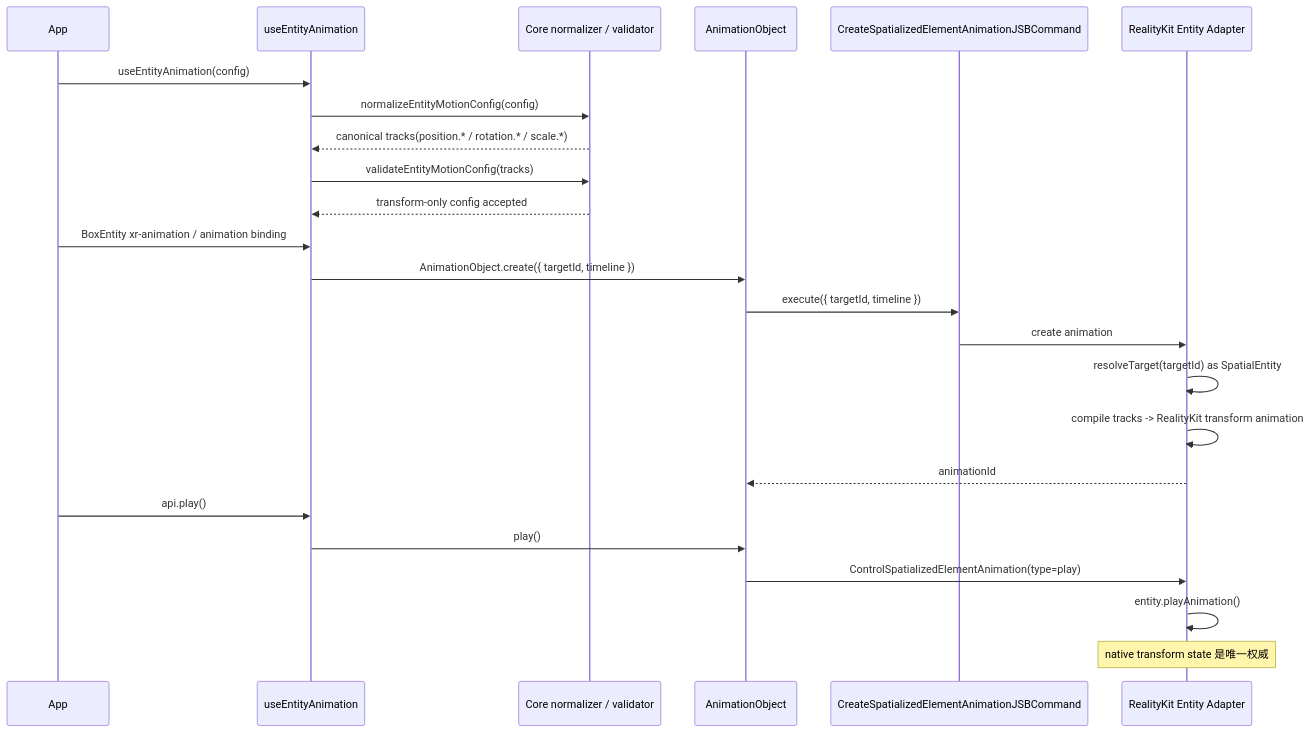
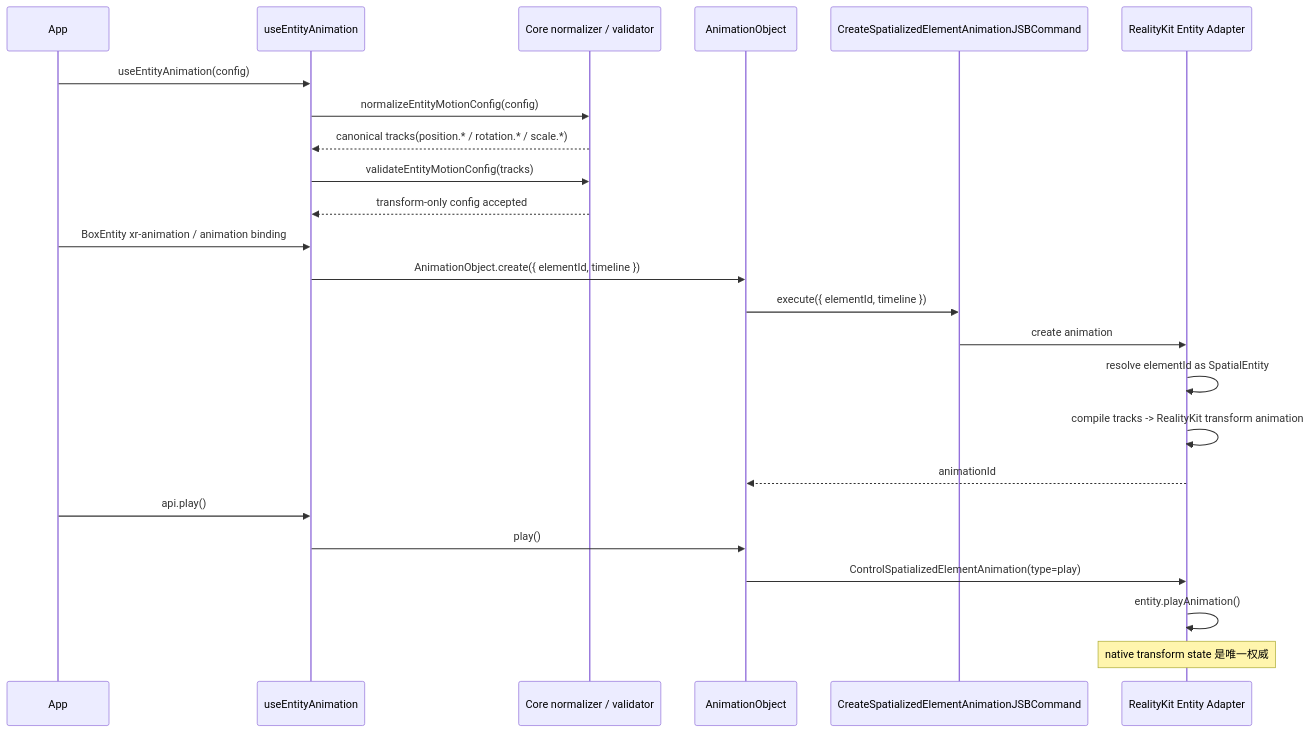
The second of 6 diagrams in openspec/changes/redesign-entity-motion-api/design.zh.md (webspatial/webspatial-sdk), drawn with Mermaid before and after one commit. The commit also changed other lines of this file and 1 other file, not shown here.

Commit message:
udpate elementid in JSB spec

````diff
--- a/openspec/changes/redesign-entity-motion-api/design.zh.md
+++ b/openspec/changes/redesign-entity-motion-api/design.zh.md
@@ -209,27 +211,27 @@
 ```mermaid
 sequenceDiagram
     participant App
     participant Hook as useEntityAnimation
     participant Core as Core normalizer / validator
     participant Obj as AnimationObject
     participant JSB as CreateSpatializedElementAnimationJSBCommand
     participant Native as RealityKit Entity Adapter
 
     App->>Hook: useEntityAnimation(config)
     Hook->>Core: normalizeEntityMotionConfig(config)
     Core-->>Hook: canonical tracks(position.* / rotation.* / scale.*)
     Hook->>Core: validateEntityMotionConfig(tracks)
     Core-->>Hook: transform-only config accepted
     App->>Hook: BoxEntity xr-animation / animation binding
-    Hook->>Obj: AnimationObject.create({ targetId, timeline })
-    Obj->>JSB: execute({ targetId, timeline })
+    Hook->>Obj: AnimationObject.create({ elementId, timeline })
+    Obj->>JSB: execute({ elementId, timeline })
     JSB->>Native: create animation
-    Native->>Native: resolveTarget(targetId) as SpatialEntity
+    Native->>Native: resolve elementId as SpatialEntity
     Native->>Native: compile tracks -> RealityKit transform animation
     Native-->>Obj: animationId
     App->>Hook: api.play()
     Hook->>Obj: play()
     Obj->>Native: ControlSpatializedElementAnimation(type=play)
     Native->>Native: entity.playAnimation()
     Note over Native: native transform state 是唯一权威
 ```
````
